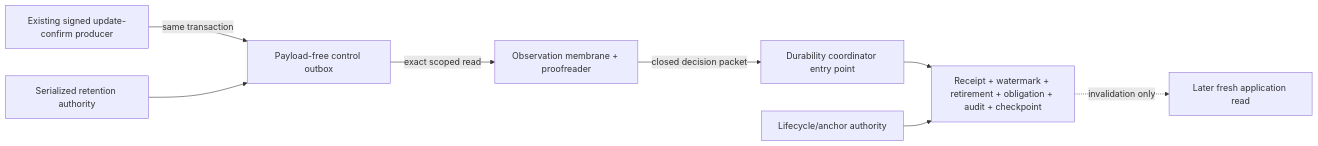
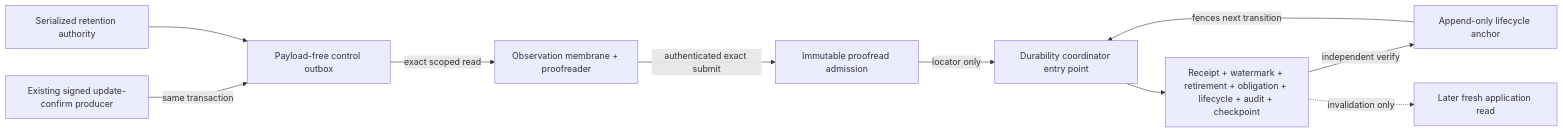
The diagram in docs/raisa-provider-free-unmounted-durability-migration-transaction-architecture-design.md (yurifrusin/EMR4), drawn with Mermaid before and after one commit. The commit also changed other lines of this file and 14 other files, not shown here.

````diff
--- a/docs/raisa-provider-free-unmounted-durability-migration-transaction-architecture-design.md
+++ b/docs/raisa-provider-free-unmounted-durability-migration-transaction-architecture-design.md
@@ -16,10 +16,12 @@
 ```mermaid
 flowchart LR
     P["Existing signed update-confirm producer"] -->|"same transaction"| O["Payload-free control outbox"]
     O -->|"exact scoped read"| B["Observation membrane + proofreader"]
-    B -->|"closed decision packet"| C["Durability coordinator entry point"]
-    C --> D["Receipt + watermark + retirement + obligation + audit + checkpoint"]
-    A["Lifecycle/anchor authority"] --> D
+    B -->|"authenticated exact submit"| X["Immutable proofread admission"]
+    X -->|"locator only"| C["Durability coordinator entry point"]
+    C --> D["Receipt + watermark + retirement + obligation + lifecycle + audit + checkpoint"]
+    D -->|"independent verify"| A["Append-only lifecycle anchor"]
+    A -->|"fences next transition"| C
     R["Serialized retention authority"] --> O
     D -. "invalidation only" .-> F["Later fresh application read"]
 ```
````
